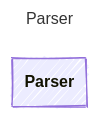
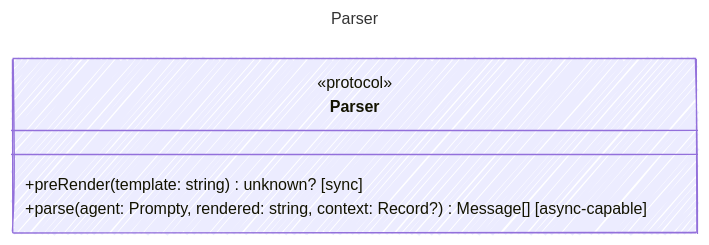
Before and after one commit to microsoft/prompty: the diagram in web/src/content/docs/reference/Parser.md, drawn with Mermaid. The commit also changed other lines of this file and 524 other files, not shown here.

````diff
--- a/web/src/content/docs/reference/Parser.md
+++ b/web/src/content/docs/reference/Parser.md
@@ -11,13 +11,16 @@
 ```mermaid
 ---
 title: Parser
 config:
   look: handDrawn
   theme: colorful
   class:
     hideEmptyMembersBox: true
 ---
 classDiagram
     class Parser {
+      <<protocol>>
+        +preRender(template: string) unknown? [sync]
+        +parse(agent: Prompty, rendered: string, context: Record<unknown>?) Message[] [async-capable]
     }
 ```
````
